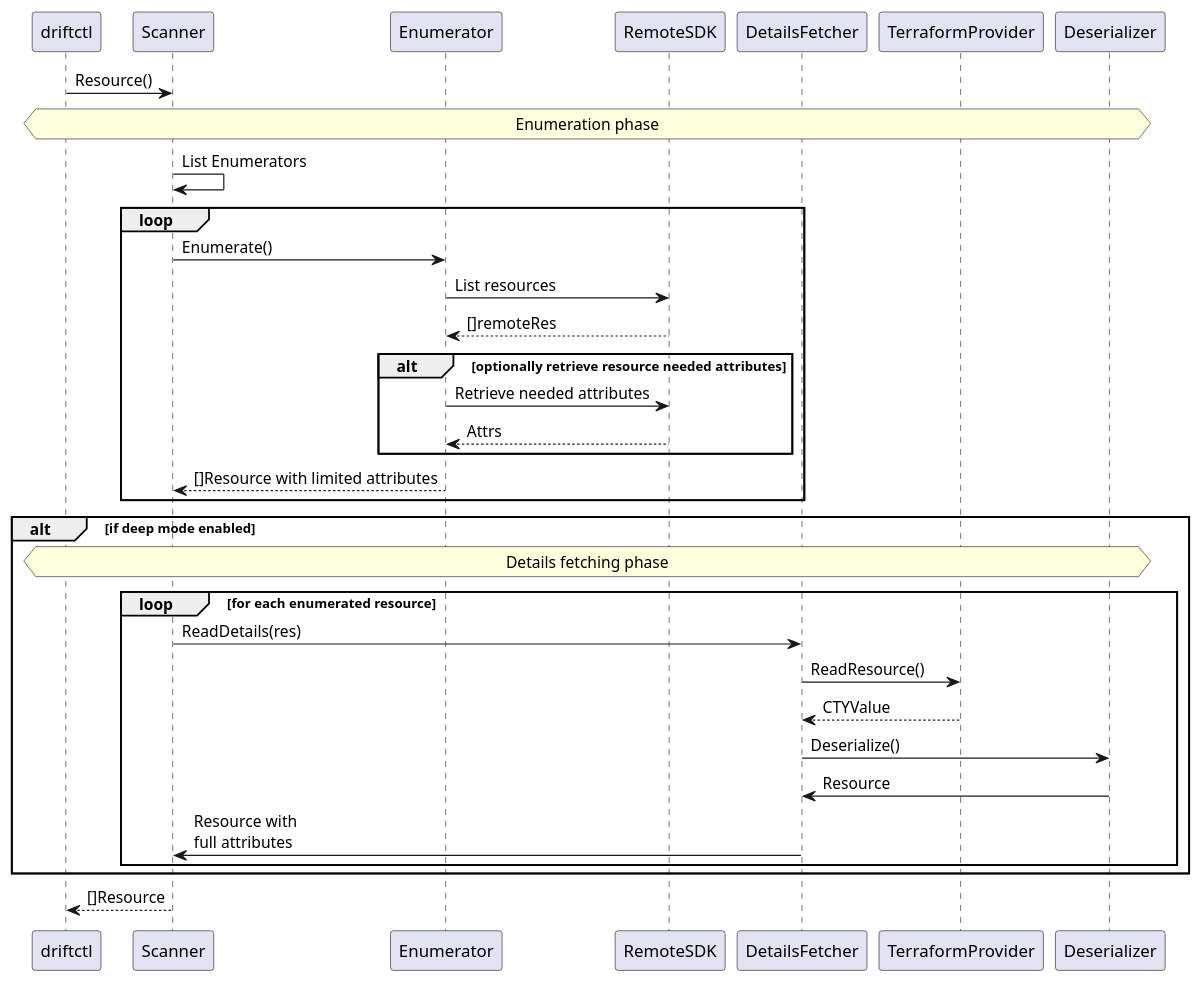
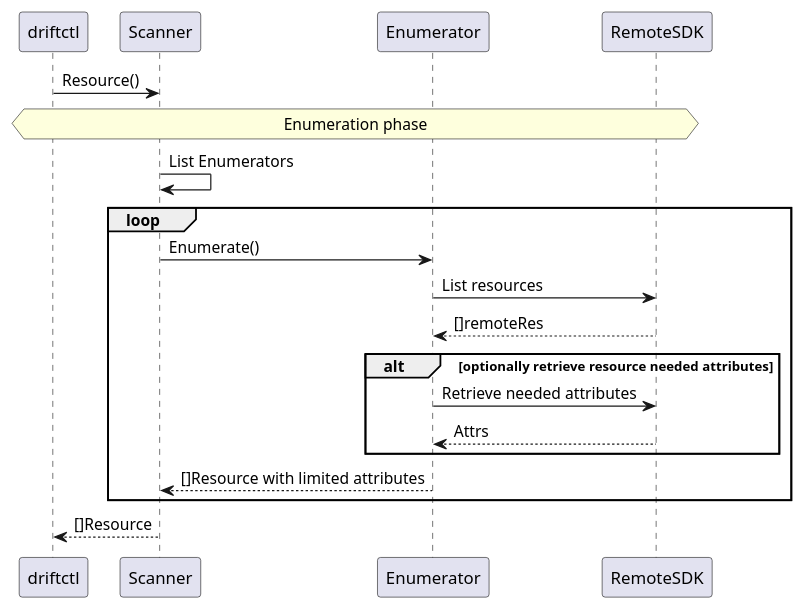
The diagram in docs/media/resource.puml (snyk/driftctl), drawn with PlantUML before and after one commit. The commit also changed 254 other files, not shown here.

```diff
--- a/docs/media/resource.puml
+++ b/docs/media/resource.puml
@@ -1,27 +1,16 @@
 @startuml
 driftctl -> Scanner: Resource()
 hnote across: Enumeration phase
 Scanner -> Scanner: List Enumerators
 loop
 Scanner -> Enumerator: Enumerate()
 Enumerator -> RemoteSDK: List resources
 RemoteSDK --> Enumerator: []remoteRes
 alt optionally retrieve resource needed attributes
 Enumerator -> RemoteSDK: Retrieve needed attributes
 RemoteSDK --> Enumerator: Attrs
 end
 Enumerator --> Scanner: []Resource with limited attributes
 end
-alt if deep mode enabled
-hnote across: Details fetching phase
-loop for each enumerated resource
-Scanner -> DetailsFetcher: ReadDetails(res)
-DetailsFetcher -> TerraformProvider: ReadResource()
-TerraformProvider --> DetailsFetcher: CTYValue
-DetailsFetcher -> Deserializer: Deserialize()
-Deserializer -> DetailsFetcher: Resource
-DetailsFetcher -> Scanner: Resource with\nfull attributes
-end
-end
 Scanner --> driftctl: []Resource
 @enduml
```
